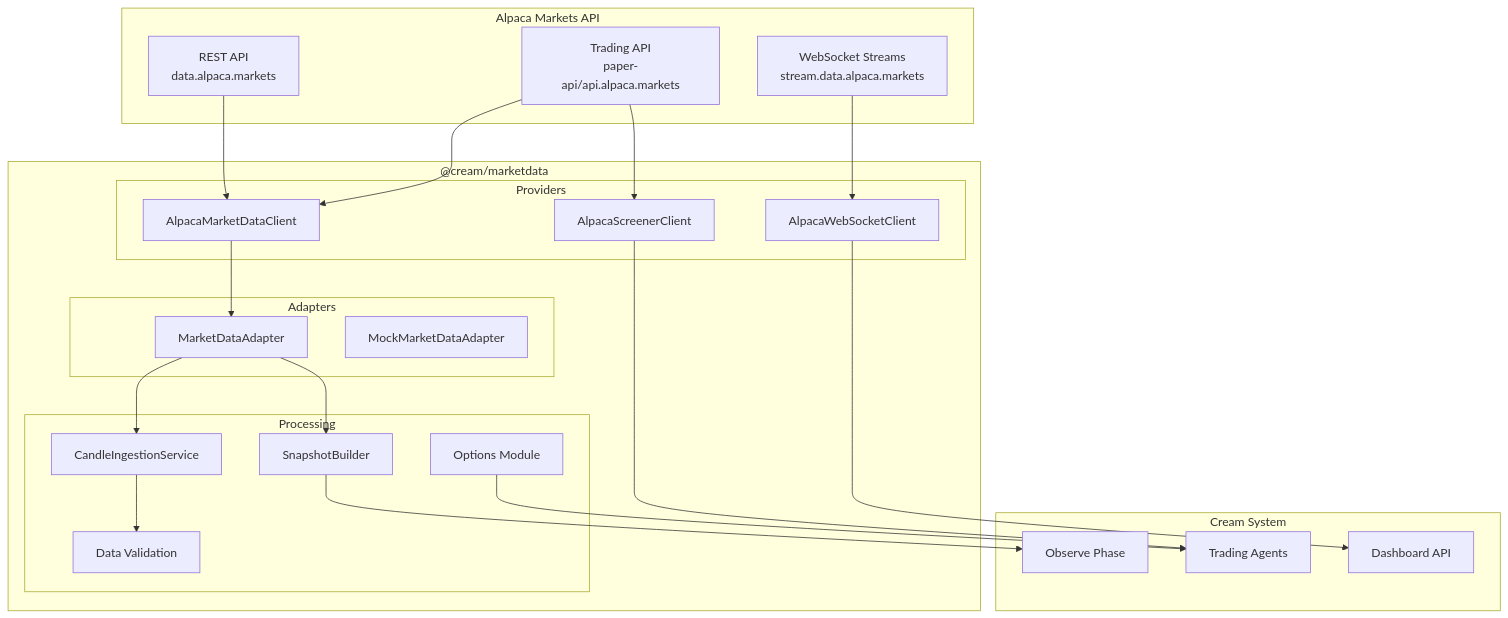
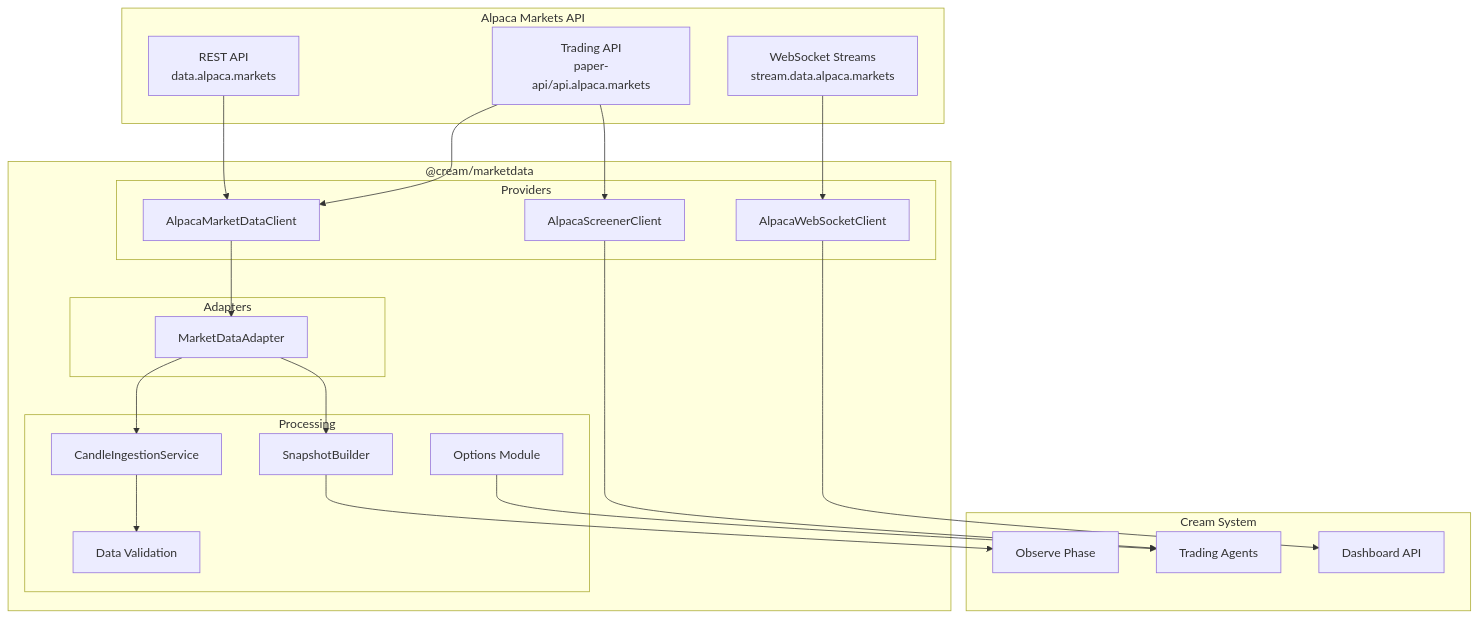
The first of 4 diagrams in packages/marketdata/README.md (ccheney/cream), drawn with Mermaid before and after one commit. The commit also changed other lines of this file and 65 other files, not shown here.

````diff
--- a/packages/marketdata/README.md
+++ b/packages/marketdata/README.md
@@ -7,48 +7,47 @@
 ```mermaid
 flowchart TB
     subgraph Alpaca["Alpaca Markets API"]
         REST["REST API<br/>data.alpaca.markets"]
         WS["WebSocket Streams<br/>stream.data.alpaca.markets"]
         TRADING["Trading API<br/>paper-api/api.alpaca.markets"]
     end
 
     subgraph MarketData["@cream/marketdata"]
         subgraph Providers
             AlpacaClient["AlpacaMarketDataClient"]
             AlpacaWS["AlpacaWebSocketClient"]
             Screener["AlpacaScreenerClient"]
         end
 
         subgraph Adapters
             Adapter["MarketDataAdapter"]
-            Mock["MockMarketDataAdapter"]
         end
 
         subgraph Processing
             Ingestion["CandleIngestionService"]
             Snapshot["SnapshotBuilder"]
             Validation["Data Validation"]
             Options["Options Module"]
         end
     end
 
     subgraph Consumers["Cream System"]
         Observe["Observe Phase"]
         Agents["Trading Agents"]
         Dashboard["Dashboard API"]
     end
 
     REST --> AlpacaClient
     WS --> AlpacaWS
     TRADING --> AlpacaClient
     TRADING --> Screener
 
     AlpacaClient --> Adapter
     Adapter --> Ingestion
     Adapter --> Snapshot
     Ingestion --> Validation
     Snapshot --> Observe
     AlpacaWS --> Dashboard
     Screener --> Agents
     Options --> Agents
 ```
````
